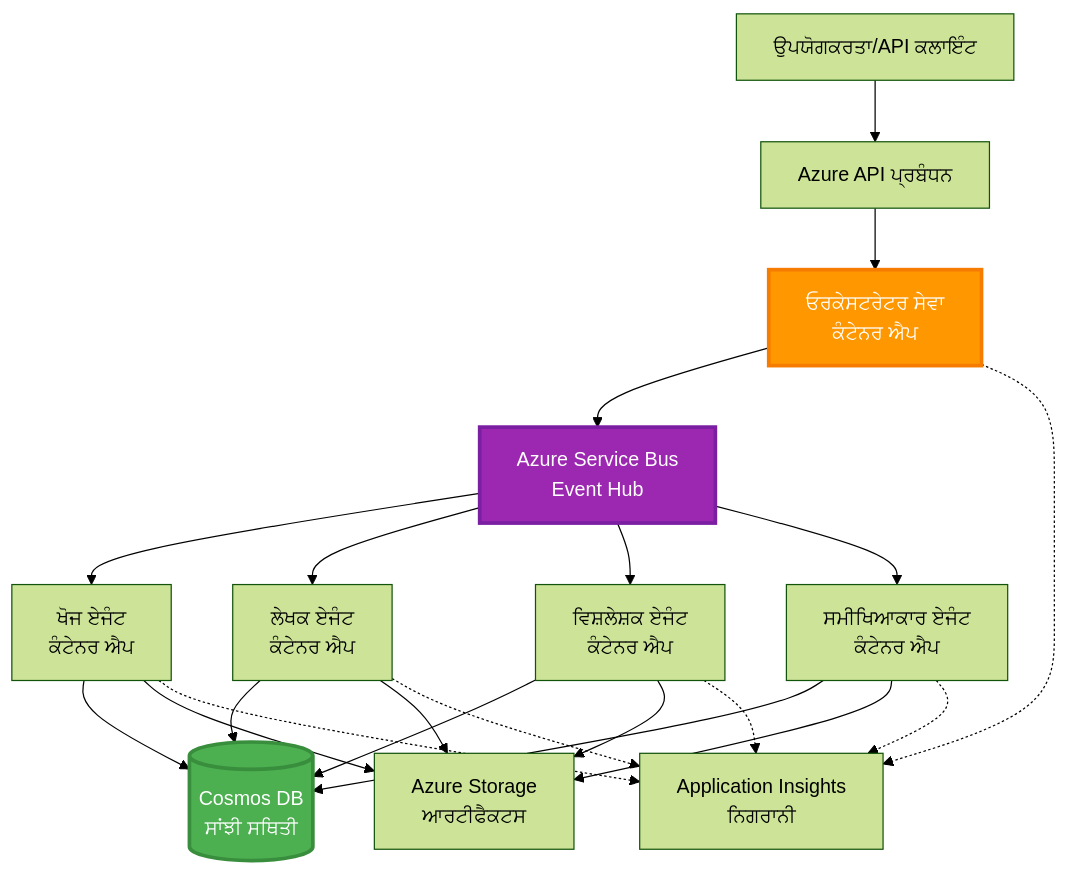
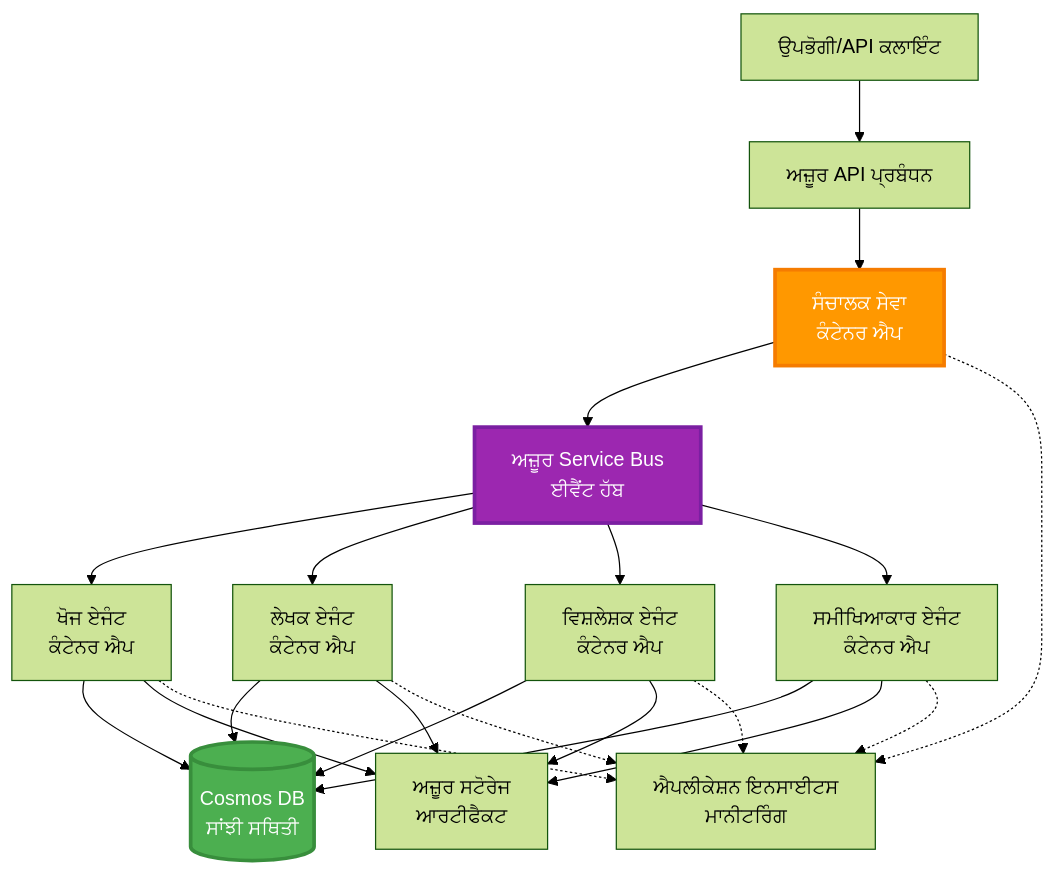
The sixth of 6 diagrams in translations/pa/docs/chapter-06-pre-deployment/coordination-patterns.md (microsoft/AZD-for-beginners), drawn with Mermaid (forest theme) before and after one commit. The commit also changed other lines of this file and 101 other files, not shown here.

````diff
--- a/translations/pa/docs/chapter-06-pre-deployment/coordination-patterns.md
+++ b/translations/pa/docs/chapter-06-pre-deployment/coordination-patterns.md
@@ -272,45 +265,45 @@
 ```mermaid
 graph TB
-    User[ਉਪਯੋਗਕਰਤਾ/API ਕਲਾਇੰਟ]
-    APIM[Azure API ਪ੍ਰਬੰਧਨ]
-    Orchestrator[ਓਰਕੇਸਟਰੇਟਰ ਸੇਵਾ<br/>ਕੰਟੇਨਰ ਐਪ]
-    ServiceBus[Azure Service Bus<br/>Event Hub]
+    User[ਉਪਭੋਗੀ/API ਕਲਾਇੰਟ]
+    APIM[ਅਜ਼ੂਰ API ਪ੍ਰਬੰਧਨ]
+    Orchestrator[ਸੰਚਾਲਕ ਸੇਵਾ<br/>ਕੰਟੇਨਰ ਐਪ]
+    ServiceBus[ਅਜ਼ੂਰ Service Bus<br/>ਈਵੈਂਟ ਹੱਬ]
     
     Agent1[ਖੋਜ ਏਜੰਟ<br/>ਕੰਟੇਨਰ ਐਪ]
     Agent2[ਲੇਖਕ ਏਜੰਟ<br/>ਕੰਟੇਨਰ ਐਪ]
     Agent3[ਵਿਸ਼ਲੇਸ਼ਕ ਏਜੰਟ<br/>ਕੰਟੇਨਰ ਐਪ]
     Agent4[ਸਮੀਖਿਆਕਾਰ ਏਜੰਟ<br/>ਕੰਟੇਨਰ ਐਪ]
     
     CosmosDB[(Cosmos DB<br/>ਸਾਂਝੀ ਸਥਿਤੀ)]
-    Storage[Azure Storage<br/>ਆਰਟੀਫੈਕਟਸ]
-    AppInsights[Application Insights<br/>ਨਿਗਰਾਨੀ]
+    Storage[ਅਜ਼ੂਰ ਸਟੋਰੇਜ<br/>ਆਰਟੀਫੈਕਟ]
+    AppInsights[ਐਪਲੀਕੇਸ਼ਨ ਇਨਸਾਈਟਸ<br/>ਮਾਨੀਟਰਿੰਗ]
     
     User --> APIM
     APIM --> Orchestrator
     
     Orchestrator --> ServiceBus
     ServiceBus --> Agent1
     ServiceBus --> Agent2
     ServiceBus --> Agent3
     ServiceBus --> Agent4
     
     Agent1 --> CosmosDB
     Agent2 --> CosmosDB
     Agent3 --> CosmosDB
     Agent4 --> CosmosDB
     
     Agent1 --> Storage
     Agent2 --> Storage
     Agent3 --> Storage
     Agent4 --> Storage
     
     Orchestrator -.-> AppInsights
     Agent1 -.-> AppInsights
     Agent2 -.-> AppInsights
     Agent3 -.-> AppInsights
     Agent4 -.-> AppInsights
     
     style Orchestrator fill:#FF9800,stroke:#F57C00,stroke-width:3px,color:#fff
     style ServiceBus fill:#9C27B0,stroke:#7B1FA2,stroke-width:3px,color:#fff
     style CosmosDB fill:#4CAF50,stroke:#388E3C,stroke-width:3px,color:#fff
 ```
````
